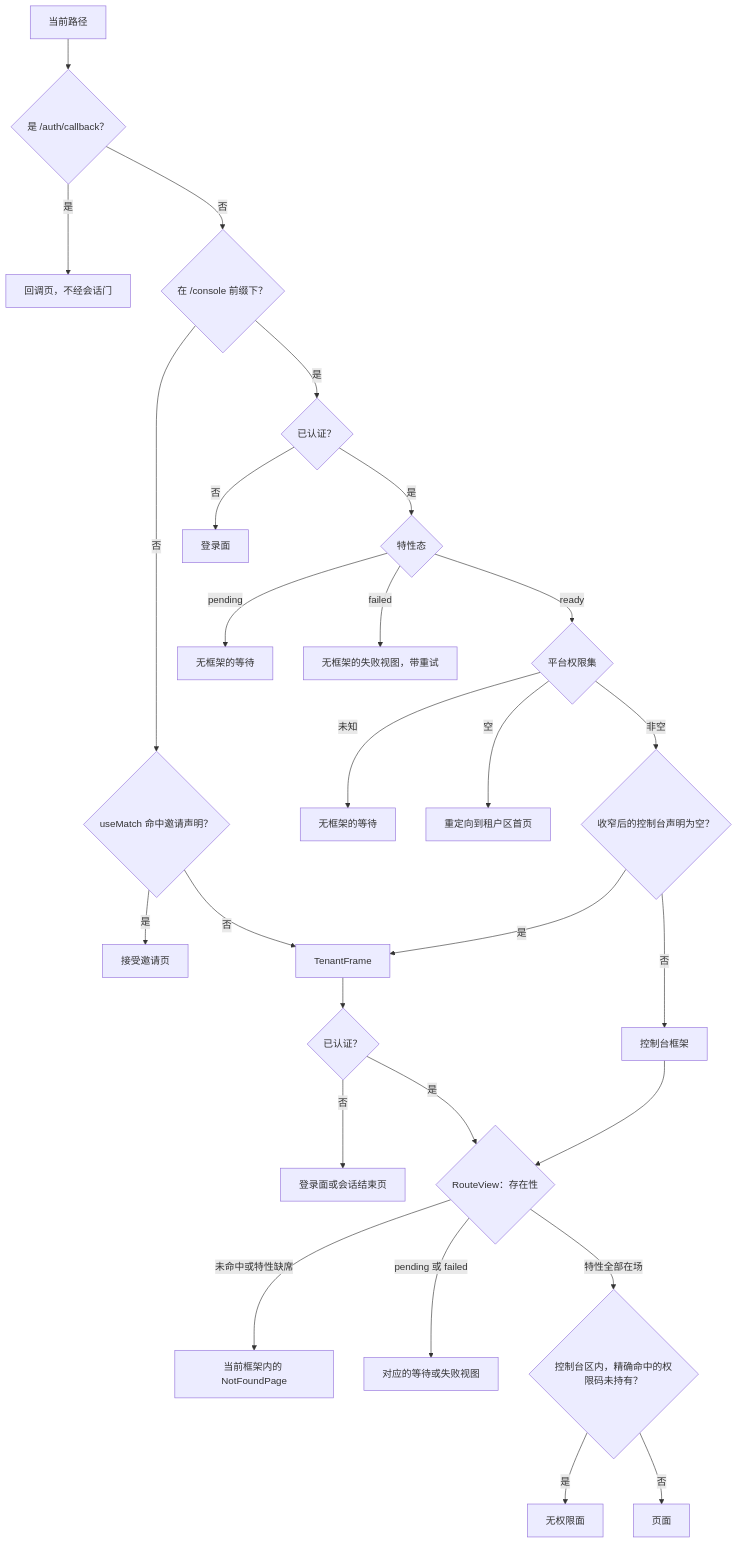
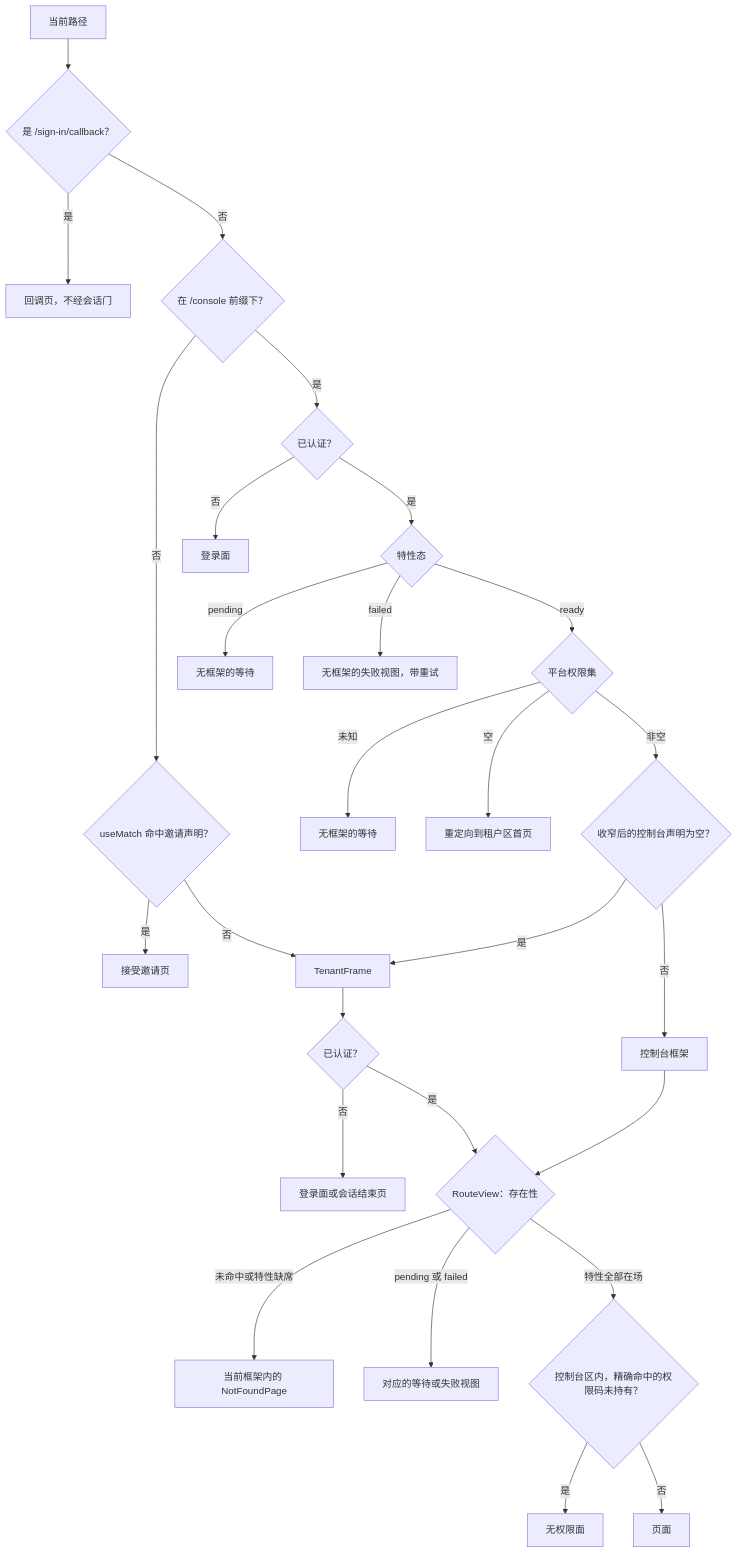
The second of 2 diagrams in docs/design/modules/design-starters.md (wangzw/speed), drawn with Mermaid before and after one commit. The commit also changed other lines of this file and 10 other files, not shown here.

````diff
--- a/docs/design/modules/design-starters.md
+++ b/docs/design/modules/design-starters.md
@@ -165,29 +187,29 @@
 ```mermaid
 flowchart TD
-    path["当前路径"] --> cb{"是 /auth/callback？"}
+    path["当前路径"] --> cb{"是 /sign-in/callback？"}
     cb -->|是| cbpage["回调页，不经会话门"]
     cb -->|否| area{"在 /console 前缀下？"}
     area -->|否| inv{"useMatch 命中邀请声明？"}
     inv -->|是| accept["接受邀请页"]
     inv -->|否| tframe["TenantFrame"]
     tframe --> tauth{"已认证？"}
     tauth -->|否| tanon["登录面或会话结束页"]
     tauth -->|是| exist{"RouteView：存在性"}
     area -->|是| cauth{"已认证？"}
     cauth -->|否| csign["登录面"]
     cauth -->|是| fstate{"特性态"}
     fstate -->|pending| cwait["无框架的等待"]
     fstate -->|failed| cfail["无框架的失败视图，带重试"]
     fstate -->|ready| perms{"平台权限集"}
     perms -->|未知| pwait["无框架的等待"]
     perms -->|空| home["重定向到租户区首页"]
     perms -->|非空| narrowed{"收窄后的控制台声明为空？"}
     narrowed -->|是| tframe
     narrowed -->|否| cframe["控制台框架"]
     cframe --> exist
     exist -->|未命中或特性缺席| notfound["当前框架内的 NotFoundPage"]
     exist -->|pending 或 failed| gated["对应的等待或失败视图"]
     exist -->|特性全部在场| guard{"控制台区内，精确命中的权限码未持有？"}
     guard -->|是| denied["无权限面"]
     guard -->|否| page["页面"]
 ```
````
